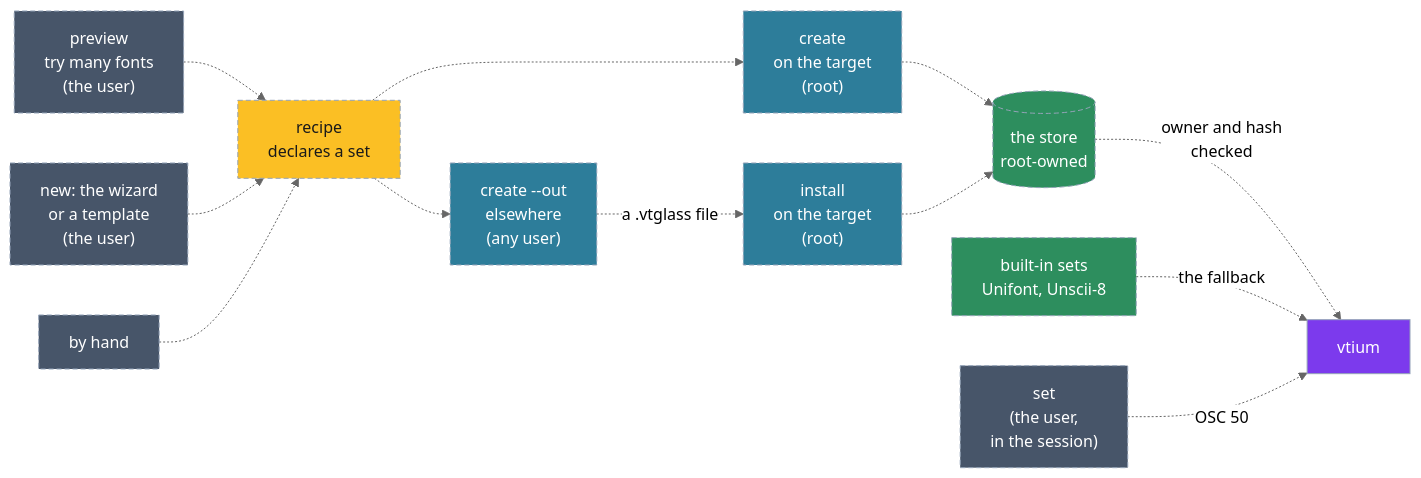
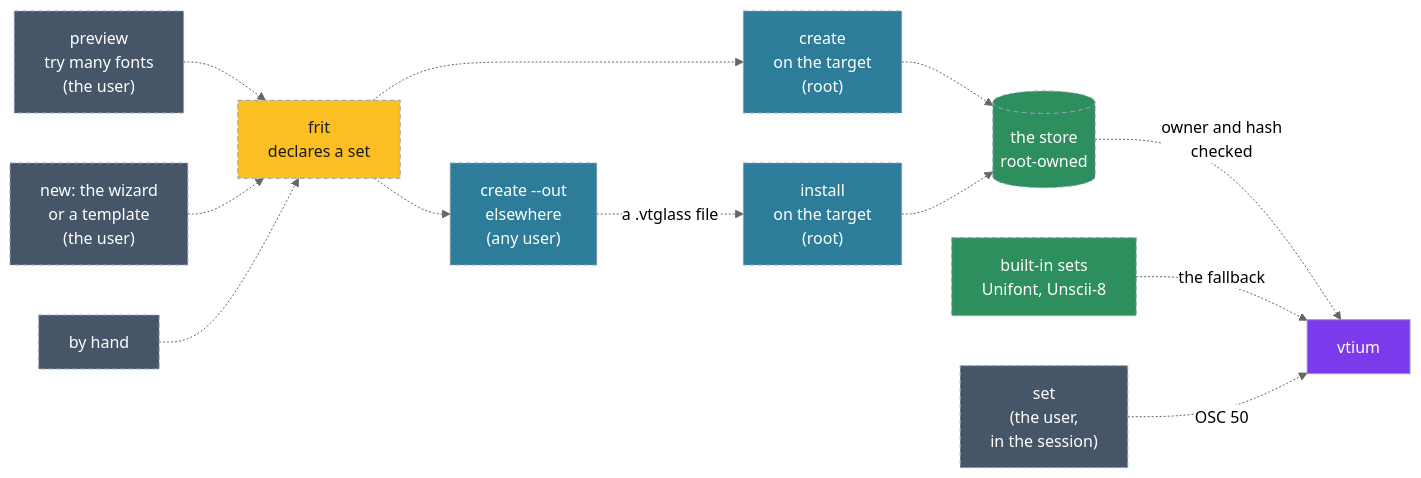
The second of 2 diagrams in docs/concepts.md (vtium/vtium), drawn with Mermaid (neutral theme) before and after one commit. The commit also changed other lines of this file and 2 other files, not shown here.

First line of the commit message:
docs(font): a recipe is now a frit, NAME.vtfrit

````diff
--- a/docs/concepts.md
+++ b/docs/concepts.md
@@ -114,24 +114,24 @@
 ```mermaid
 flowchart LR
     P["preview<br>try many fonts<br>(the user)"] -.-> R
     W["new: the wizard<br>or a template<br>(the user)"] -.-> R
     H["by hand"] -.-> R
-    R["recipe<br>declares a set"] -.-> C["create<br>on the target<br>(root)"]
+    R["frit<br>declares a set"] -.-> C["create<br>on the target<br>(root)"]
     R -.-> O["create --out<br>elsewhere<br>(any user)"]
     O -.->|"a .vtglass file"| I["install<br>on the target<br>(root)"]
     C -.-> ST[("the store<br>root-owned")]
     I -.-> ST
     ST -.->|"owner and hash<br>checked"| V["vtium"]
     B["built-in sets<br>Unifont, Unscii-8"] -.->|"the fallback"| V
     S["set<br>(the user,<br>in the session)"] -.->|"OSC 50"| V
     classDef step fill:#2d7d9a,color:#ffffff,stroke:#94a3b8,stroke-dasharray:5 3
     classDef core fill:#7c3aed,color:#ffffff,stroke:#94a3b8
     classDef store fill:#2d8e5e,color:#ffffff,stroke:#94a3b8,stroke-dasharray:5 3
     classDef input fill:#fbbf24,color:#1a1a1a,stroke:#94a3b8,stroke-dasharray:5 3
     classDef user fill:#475569,color:#ffffff,stroke:#94a3b8,stroke-dasharray:5 3
     class C,O,I step
     class V core
     class ST,B store
     class R input
     class P,W,H,S user
 ```
````
